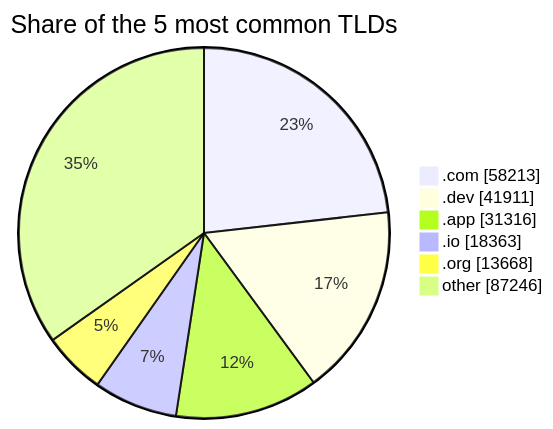
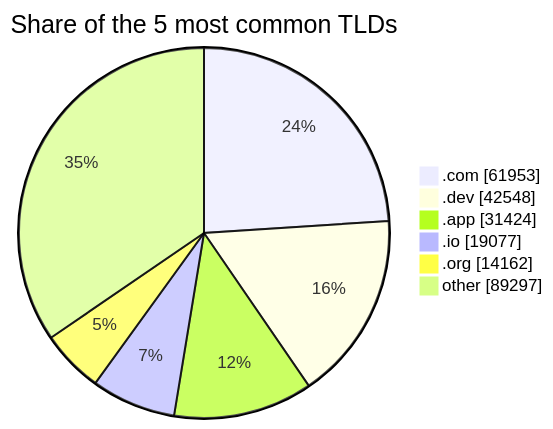
One commit to DNSBunker/CTI changed the second of 2 diagrams in README.md. Above: the diagram before and after it, drawn with Mermaid. The commit also changed other lines of this file and 3 other files, not shown here.

````diff
--- a/README.md
+++ b/README.md
@@ -72,9 +72,9 @@
 ```mermaid
 pie showData title Share of the 5 most common TLDs
-    ".com" : 58213
-    ".dev" : 41911
-    ".app" : 31316
-    ".io" : 18363
-    ".org" : 13668
-    "other" : 87246
+    ".com" : 61953
+    ".dev" : 42548
+    ".app" : 31424
+    ".io" : 19077
+    ".org" : 14162
+    "other" : 89297
 ```
````
